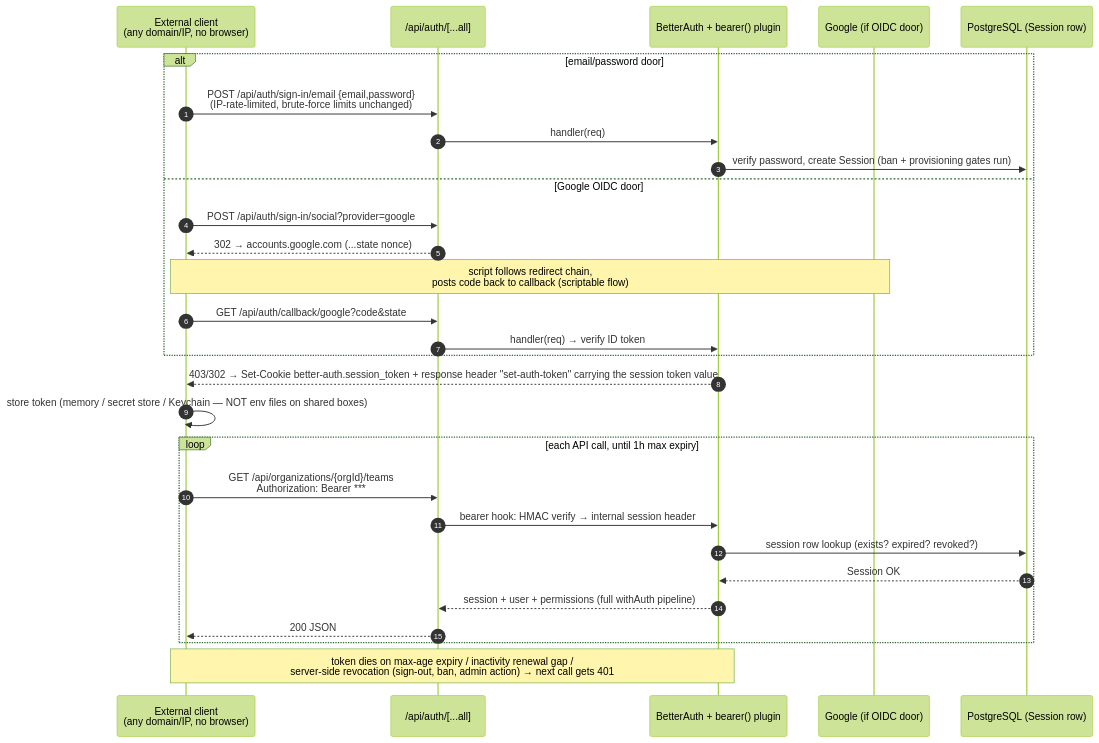
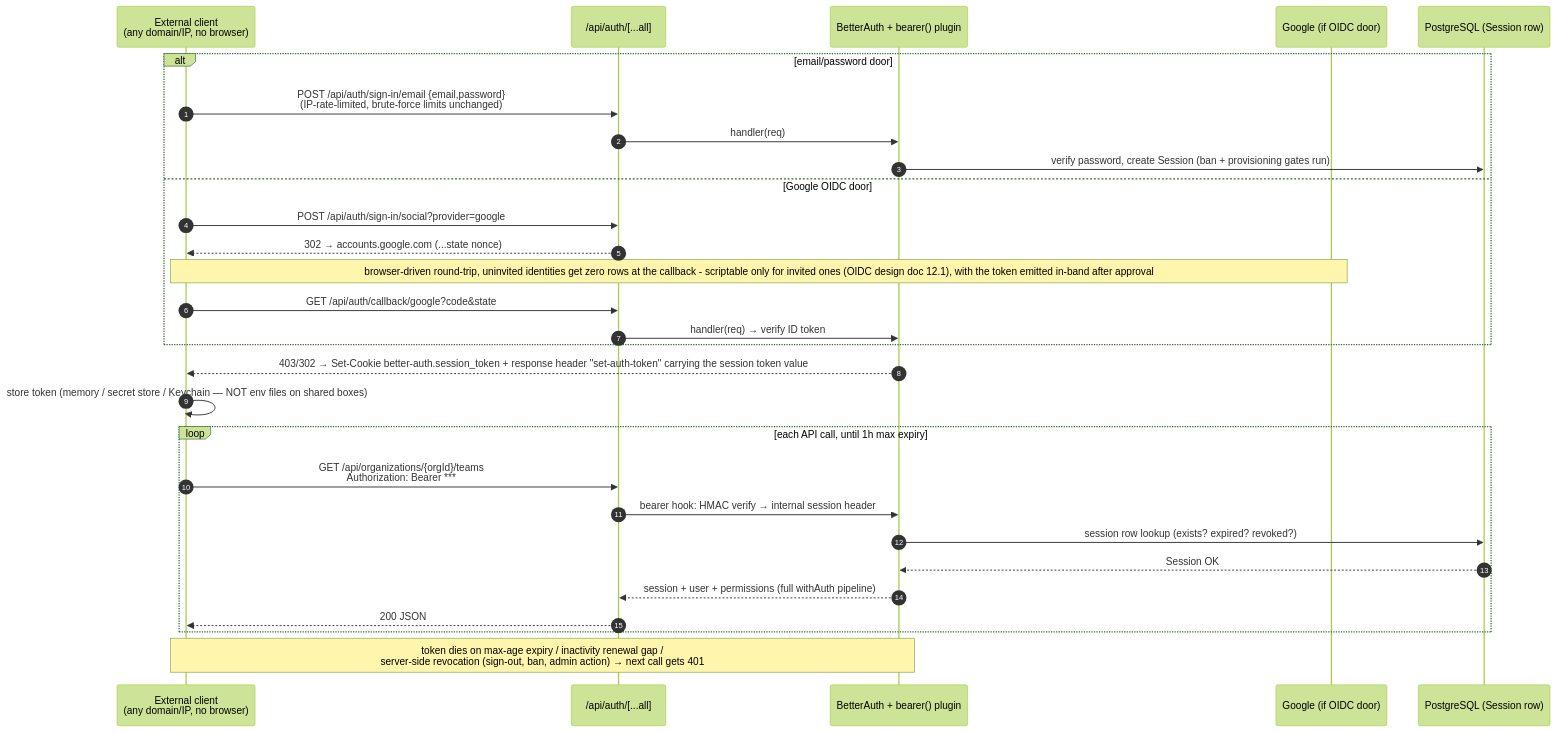
One commit to johnlynas/nipp changed the second of 5 diagrams in documents/feature-planning-and-development/bearer-token-remote-access.md. Above: the diagram before and after it, drawn with Mermaid (forest theme). The commit also changed other lines of this file and 3 other files, not shown here.

````diff
--- a/documents/feature-planning-and-development/bearer-token-remote-access.md
+++ b/documents/feature-planning-and-development/bearer-token-remote-access.md
@@ -134,34 +144,34 @@
 ```mermaid
 sequenceDiagram
     autonumber
     participant C as External client<br/>(any domain/IP, no browser)
     participant A as /api/auth/[...all]
     participant BA as BetterAuth + bearer() plugin
     participant G as Google (if OIDC door)
     participant DB as PostgreSQL (Session row)
 
     alt email/password door
         C->>A: POST /api/auth/sign-in/email {email,password}<br/>(IP-rate-limited, brute-force limits unchanged)
         A->>BA: handler(req)
         BA->>DB: verify password, create Session (ban + provisioning gates run)
     else Google OIDC door
         C->>A: POST /api/auth/sign-in/social?provider=google
         A-->>C: 302 → accounts.google.com (...state nonce)
-        Note over C,G: script follows redirect chain,<br/>posts code back to callback (scriptable flow)
+        Note over C,G: browser-driven round-trip, uninvited identities get zero rows at the callback - scriptable only for invited ones (OIDC design doc 12.1), with the token emitted in-band after approval
         C->>A: GET /api/auth/callback/google?code&state
         A->>BA: handler(req) → verify ID token
     end
     BA-->>C: 403/302 → Set-Cookie better-auth.session_token + response header "set-auth-token" carrying the session token value
     C->>C: store token (memory / secret store / Keychain — NOT env files on shared boxes)
 
     loop each API call, until 1h max expiry
         C->>A: GET /api/organizations/{orgId}/teams<br/>Authorization: Bearer ***
         A->>BA: bearer hook: HMAC verify → internal session header
         BA->>DB: session row lookup (exists? expired? revoked?)
         DB-->>BA: Session OK
         BA-->>A: session + user + permissions (full withAuth pipeline)
         A-->>C: 200 JSON
     end
 
     Note over C,BA: token dies on max-age expiry / inactivity renewal gap /<br/>server-side revocation (sign-out, ban, admin action) → next call gets 401
 ```
````
